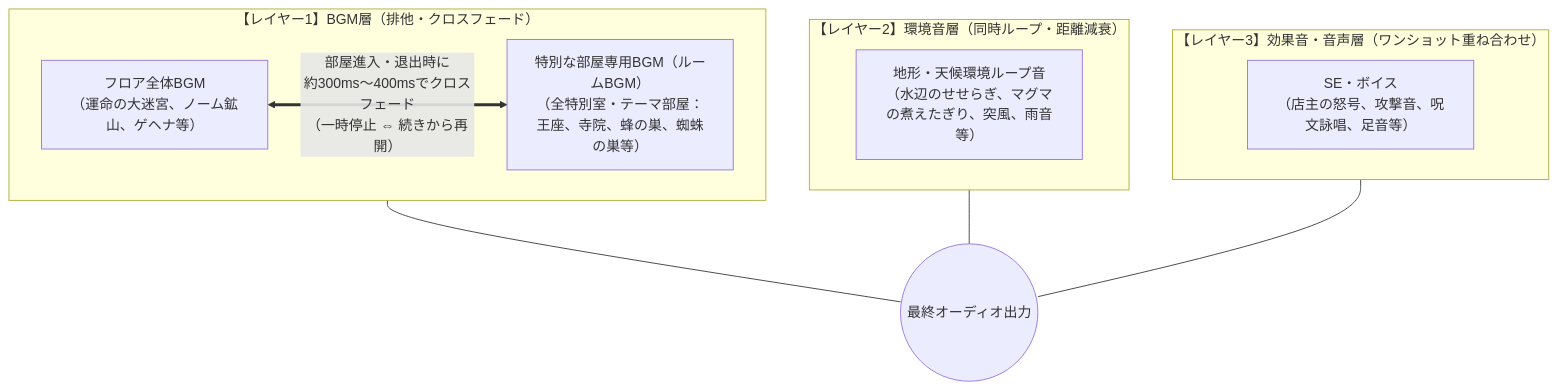
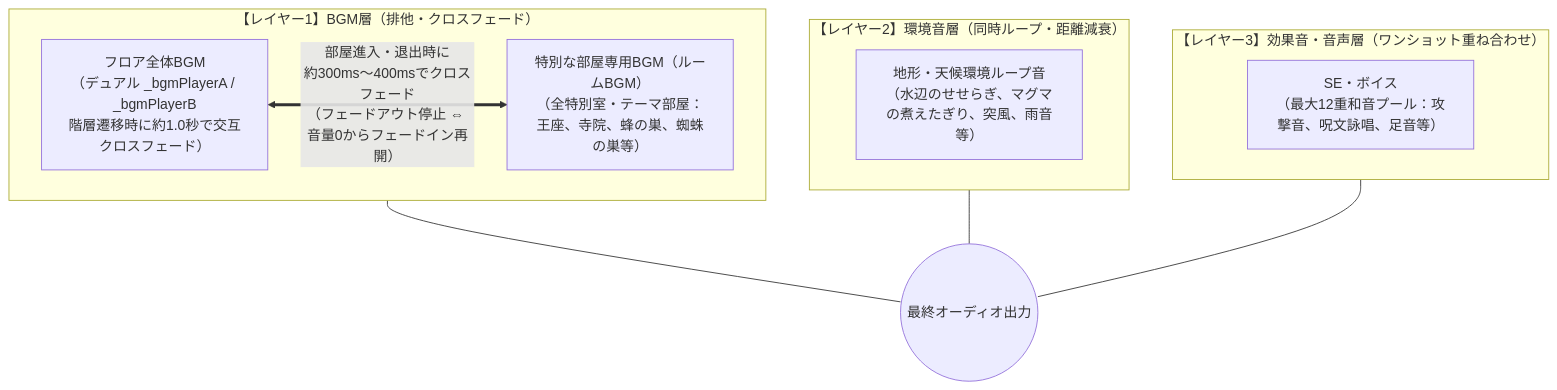
One commit to satokiyon/DartHack changed the diagram in sys/flutter/doc/ambience_specs.md. Above: the diagram before and after it, drawn with Mermaid. The commit also changed other lines of this file and 3 other files, not shown here.

````diff
--- a/sys/flutter/doc/ambience_specs.md
+++ b/sys/flutter/doc/ambience_specs.md
@@ -38,20 +38,20 @@
 ```mermaid
 graph TD
     subgraph Layer1["【レイヤー1】BGM層（排他・クロスフェード）"]
-        FloorBGM["フロア全体BGM<br>（運命の大迷宮、ノーム鉱山、ゲヘナ等）"]
+        FloorBGM["フロア全体BGM<br>（デュアル _bgmPlayerA / _bgmPlayerB<br>階層遷移時に約1.0秒で交互クロスフェード）"]
         RoomBGM["特別な部屋専用BGM（ルームBGM）<br>（全特別室・テーマ部屋：王座、寺院、蜂の巣、蜘蛛の巣等）"]
-        FloorBGM <==>|"部屋進入・退出時に<br>約300ms〜400msでクロスフェード<br>（一時停止 ⇔ 続きから再開）"| RoomBGM
+        FloorBGM <==>|"部屋進入・退出時に<br>約300ms〜400msでクロスフェード<br>（フェードアウト停止 ⇔ 音量0からフェードイン再開）"| RoomBGM
     end
 
     subgraph Layer2["【レイヤー2】環境音層（同時ループ・距離減衰）"]
         Ambience["地形・天候環境ループ音<br>（水辺のせせらぎ、マグマの煮えたぎり、突風、雨音等）"]
     end
 
     subgraph Layer3["【レイヤー3】効果音・音声層（ワンショット重ね合わせ）"]
-        SEVoice["SE・ボイス<br>（店主の怒号、攻撃音、呪文詠唱、足音等）"]
+        SEVoice["SE・ボイス<br>（最大12重和音プール：攻撃音、呪文詠唱、足音等）"]
     end
 
     Layer1 --- Mix((最終オーディオ出力))
     Layer2 --- Mix
     Layer3 --- Mix
 ```
````
